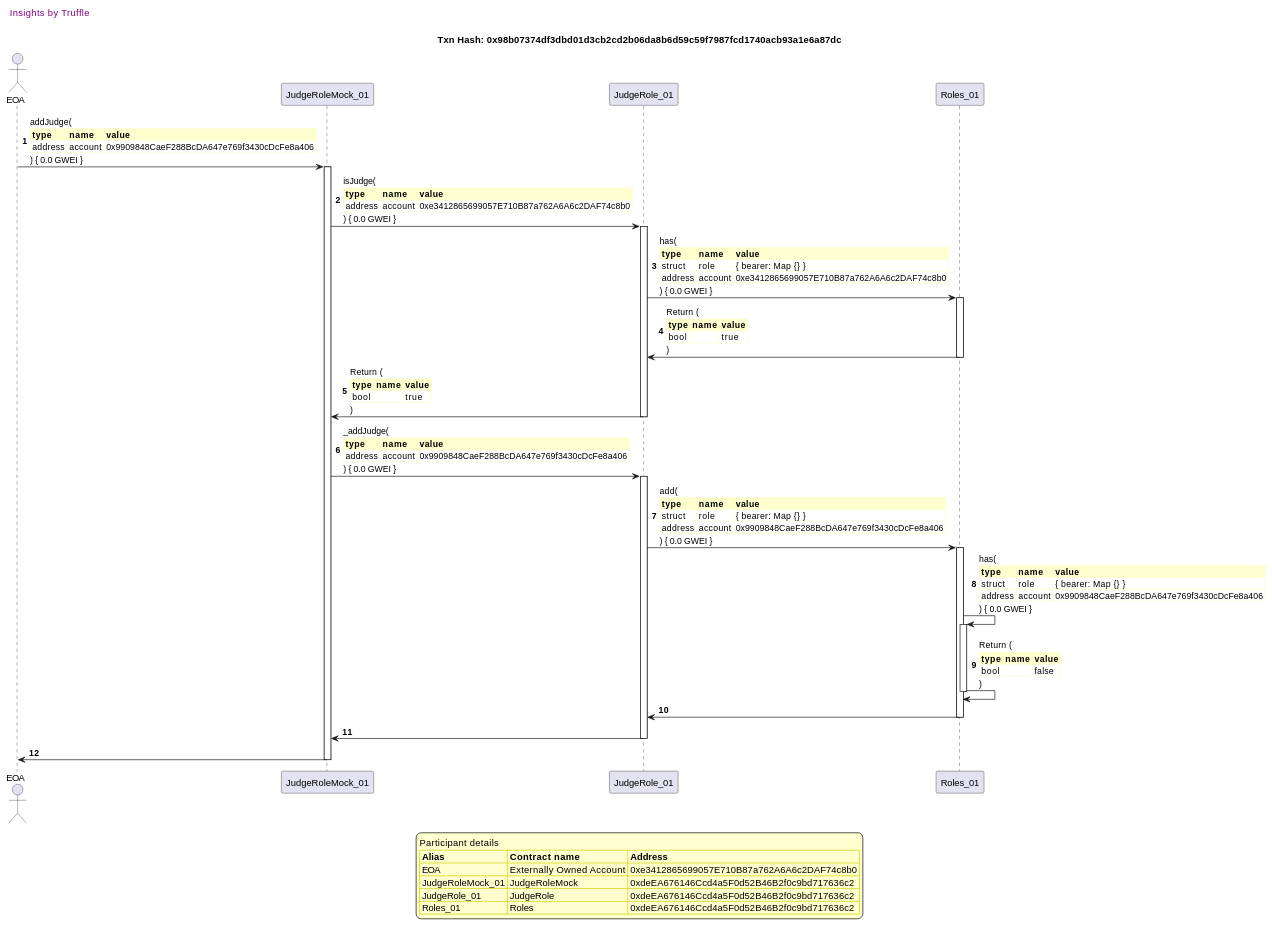
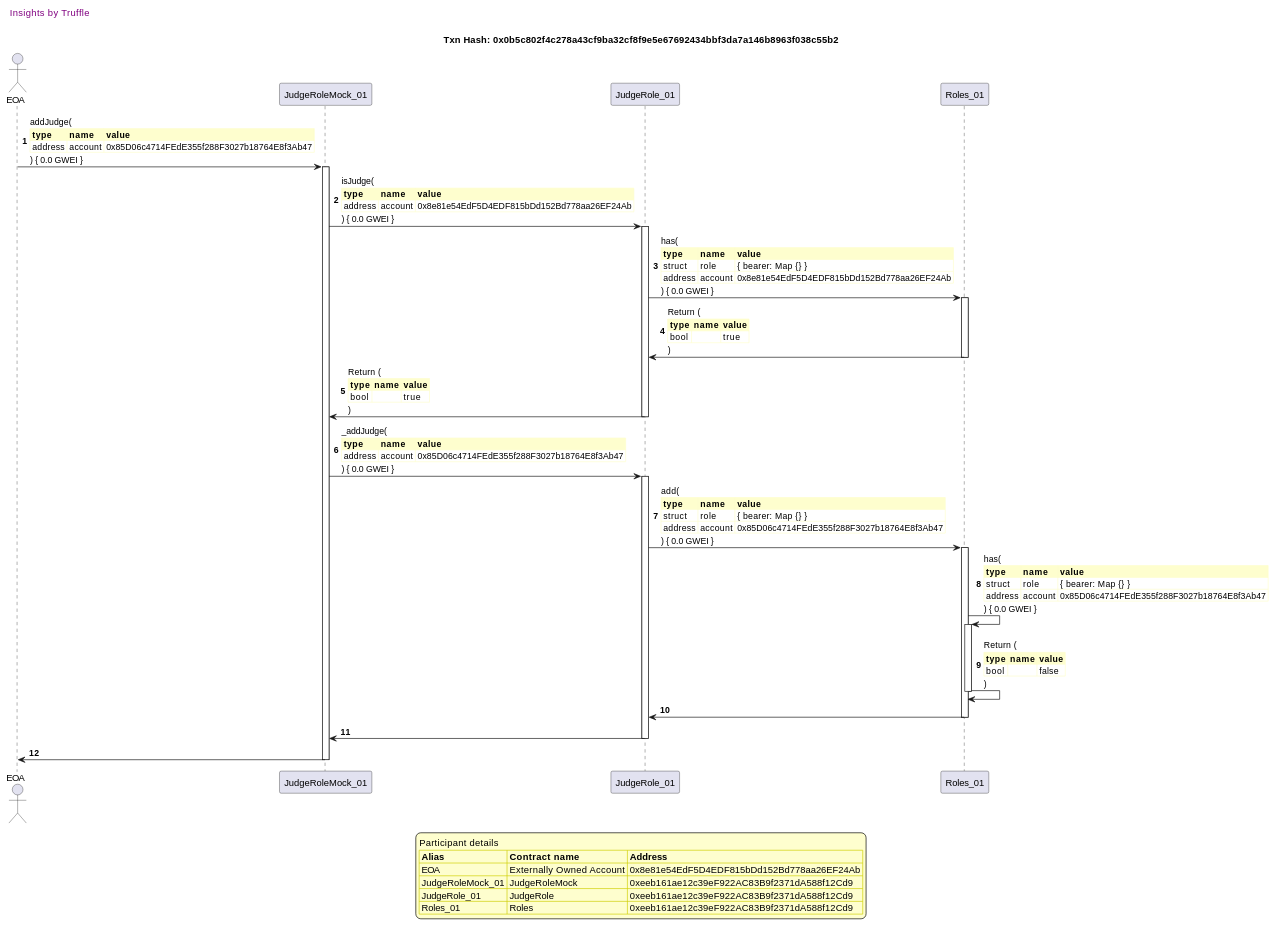
Before and after one commit to fodisi/hackapay: the tenth of 41 diagrams in truffle-seq/roles_judgerole.md, drawn with PlantUML. The commit also changed other lines of this file and 10 other files, not shown here.

````diff
--- a/truffle-seq/roles_judgerole.md
+++ b/truffle-seq/roles_judgerole.md
@@ -716,81 +716,81 @@
 ```plantuml
 
 
 @startuml
 
 autonumber
 skinparam legendBackgroundColor #FEFECE
 
 <style>
       header {
         HorizontalAlignment left
         FontColor purple
         FontSize 14
         Padding 10
       }
     </style>
 
 header Insights by Truffle
 
-title Txn Hash: 0x98b07374df3dbd01d3cb2cd2b06da8b6d59c59f7987fcd1740acb93a1e6a87dc
+title Txn Hash: 0x0b5c802f4c278a43cf9ba32cf8f9e5e67692434bbf3da7a146b8963f038c55b2
 
 
 actor EOA as "EOA"
 participant JudgeRoleMock_01 as "JudgeRoleMock_01"
 participant JudgeRole_01 as "JudgeRole_01"
 participant Roles_01 as "Roles_01"
 
 "EOA" -> "JudgeRoleMock_01" ++: addJudge(\n\
 <#FEFECE,#FEFECE>|= type |= name |= value |\n\
-| address | account | 0x9909848CaeF288BcDA647e769f3430cDcFe8a406 |\n\
+| address | account | 0x85D06c4714FEdE355f288F3027b18764E8f3Ab47 |\n\
 ) { 0.0 GWEI }
 "JudgeRoleMock_01" -> "JudgeRole_01" ++: isJudge(\n\
 <#FEFECE,#FEFECE>|= type |= name |= value |\n\
-| address | account | 0xe3412865699057E710B87a762A6A6c2DAF74c8b0 |\n\
+| address | account | 0x8e81e54EdF5D4EDF815bDd152Bd778aa26EF24Ab |\n\
 ) { 0.0 GWEI }
 "JudgeRole_01" -> "Roles_01" ++: has(\n\
 <#FEFECE,#FEFECE>|= type |= name |= value |\n\
 | struct | role | { bearer: Map {} } |\n\
-| address | account | 0xe3412865699057E710B87a762A6A6c2DAF74c8b0 |\n\
+| address | account | 0x8e81e54EdF5D4EDF815bDd152Bd778aa26EF24Ab |\n\
 ) { 0.0 GWEI }
 "Roles_01" -> "JudgeRole_01" --: Return (\n\
 <#FEFECE,#FEFECE>|= type |= name |= value |\n\
 | bool |  | true |\n\
 )
 "JudgeRole_01" -> "JudgeRoleMock_01" --: Return (\n\
 <#FEFECE,#FEFECE>|= type |= name |= value |\n\
 | bool |  | true |\n\
 )
 "JudgeRoleMock_01" -> "JudgeRole_01" ++: _addJudge(\n\
 <#FEFECE,#FEFECE>|= type |= name |= value |\n\
-| address | account | 0x9909848CaeF288BcDA647e769f3430cDcFe8a406 |\n\
+| address | account | 0x85D06c4714FEdE355f288F3027b18764E8f3Ab47 |\n\
 ) { 0.0 GWEI }
 "JudgeRole_01" -> "Roles_01" ++: add(\n\
 <#FEFECE,#FEFECE>|= type |= name |= value |\n\
 | struct | role | { bearer: Map {} } |\n\
-| address | account | 0x9909848CaeF288BcDA647e769f3430cDcFe8a406 |\n\
+| address | account | 0x85D06c4714FEdE355f288F3027b18764E8f3Ab47 |\n\
 ) { 0.0 GWEI }
 "Roles_01" -> "Roles_01" ++: has(\n\
 <#FEFECE,#FEFECE>|= type |= name |= value |\n\
 | struct | role | { bearer: Map {} } |\n\
-| address | account | 0x9909848CaeF288BcDA647e769f3430cDcFe8a406 |\n\
+| address | account | 0x85D06c4714FEdE355f288F3027b18764E8f3Ab47 |\n\
 ) { 0.0 GWEI }
 "Roles_01" -> "Roles_01" --: Return (\n\
 <#FEFECE,#FEFECE>|= type |= name |= value |\n\
 | bool |  | false |\n\
 )
 "Roles_01" -> "JudgeRole_01" --: 
 "JudgeRole_01" -> "JudgeRoleMock_01" --: 
 "JudgeRoleMock_01" -> "EOA" --: 
 
 legend
 Participant details
 <#FEFECE,#D0D000>|= Alias |= Contract name |= Address |
-<#FEFECE>| EOA | Externally Owned Account | 0xe3412865699057E710B87a762A6A6c2DAF74c8b0 |
-<#FEFECE>| JudgeRoleMock_01 | JudgeRoleMock | 0xdeEA676146Ccd4a5F0d52B46B2f0c9bd717636c2 |
-<#FEFECE>| JudgeRole_01 | JudgeRole | 0xdeEA676146Ccd4a5F0d52B46B2f0c9bd717636c2 |
-<#FEFECE>| Roles_01 | Roles | 0xdeEA676146Ccd4a5F0d52B46B2f0c9bd717636c2 |
+<#FEFECE>| EOA | Externally Owned Account | 0x8e81e54EdF5D4EDF815bDd152Bd778aa26EF24Ab |
+<#FEFECE>| JudgeRoleMock_01 | JudgeRoleMock | 0xeeb161ae12c39eF922AC83B9f2371dA588f12Cd9 |
+<#FEFECE>| JudgeRole_01 | JudgeRole | 0xeeb161ae12c39eF922AC83B9f2371dA588f12Cd9 |
+<#FEFECE>| Roles_01 | Roles | 0xeeb161ae12c39eF922AC83B9f2371dA588f12Cd9 |
 endlegend
 
 @enduml
 ```
````
